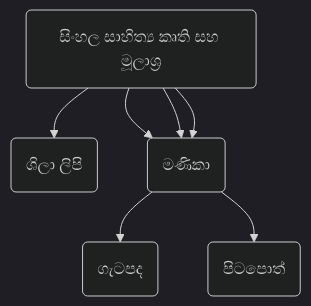
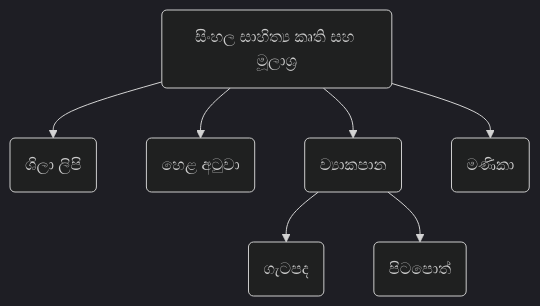
One commit to vanniurumaya/SinhalaLiterature changed the diagram in README.md. Above: the diagram before and after it, drawn with Mermaid (dark theme).

````diff
--- a/README.md
+++ b/README.md
@@ -3,9 +3,9 @@
 ```mermaid
 graph TD;
     A(සිංහල සාහිත්‍ය කෘති සහ මූලාශ්‍ර)-->B(ශිලා ලිපි);
     A(සිංහල සාහිත්‍ය කෘති සහ මූලාශ්‍ර)-->C(හෙළ අටුවා);
-    A(සිංහල සාහිත්‍ය කෘති සහ මූලාශ්‍ර)-->C(ව්‍යාකපාන);
-                         C(ව්‍යාකපාන)-->D(ගැටපද);
-                         C(ව්‍යාකපාන)-->E(පිටපොත්);
-    A(සිංහල සාහිත්‍ය කෘති සහ මූලාශ්‍ර)-->C(මණිකා);
+    A(සිංහල සාහිත්‍ය කෘති සහ මූලාශ්‍ර)-->D(ව්‍යාකපාන);
+                         D(ව්‍යාකපාන)-->E(ගැටපද);
+                         D(ව්‍යාකපාන)-->F(පිටපොත්);
+    A(සිංහල සාහිත්‍ය කෘති සහ මූලාශ්‍ර)-->G(මණිකා);
 ```
````
